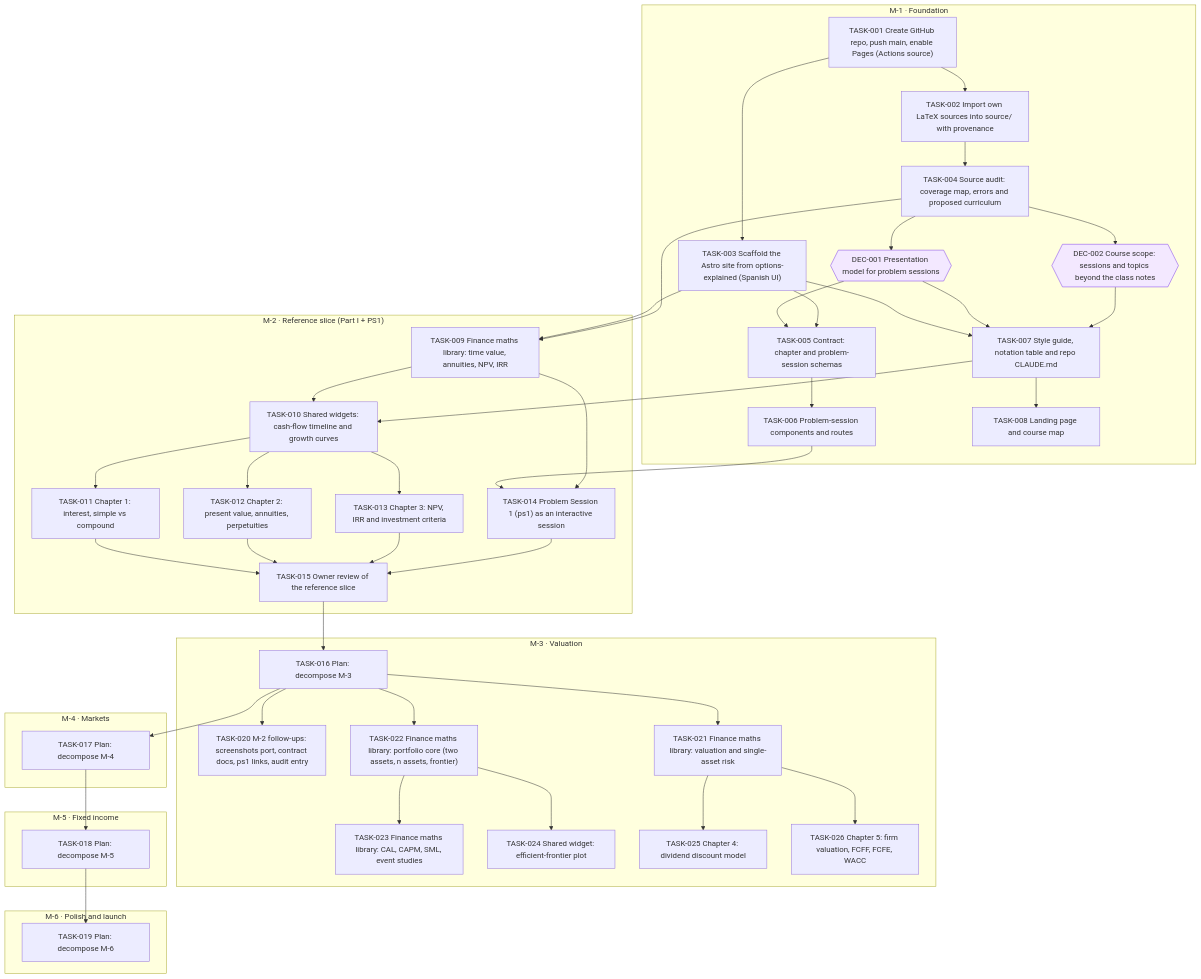
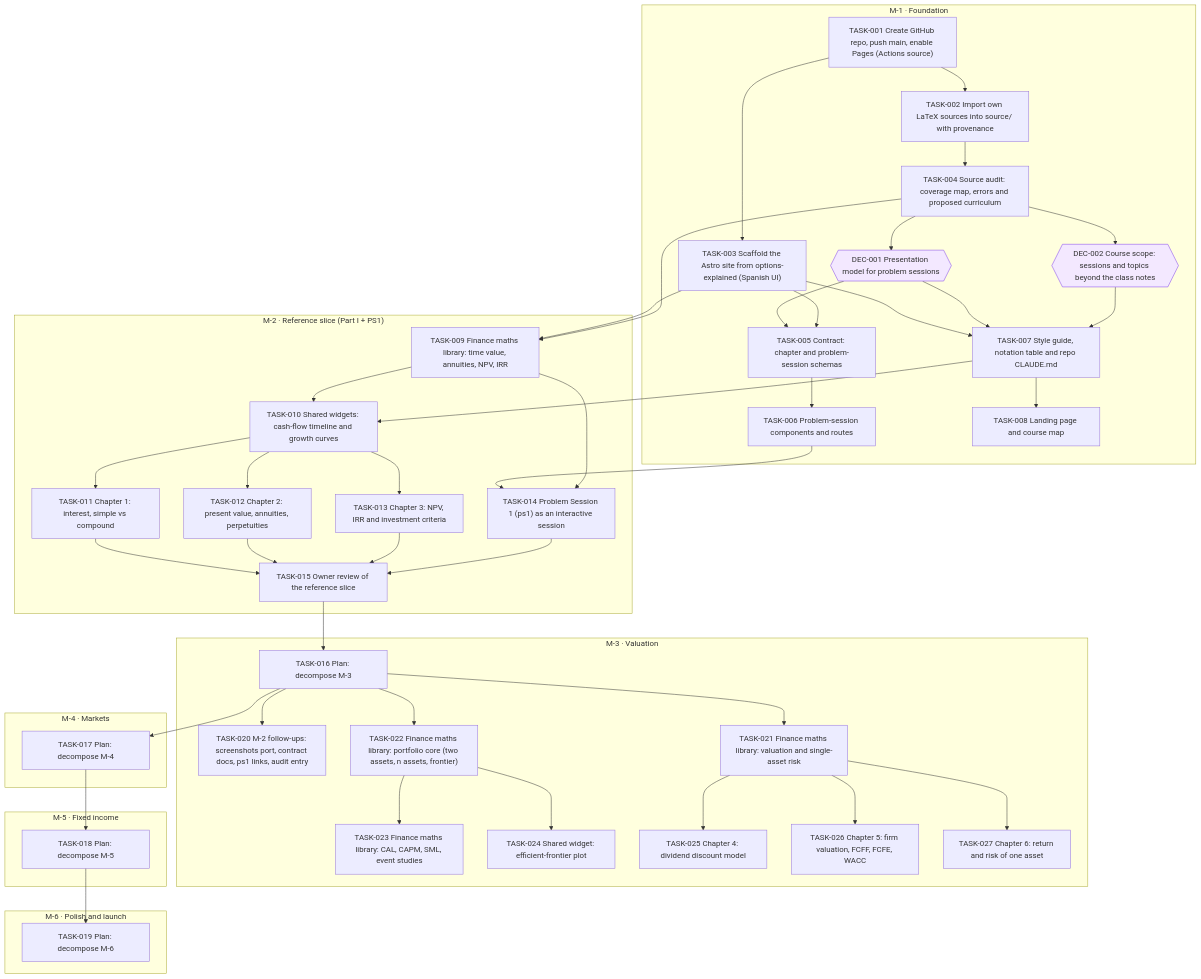
The diagram in goals/course-site/README.md (jesusvillota/economia-financiera), drawn with Mermaid before and after one commit. The commit also changed 1 other file, not shown here.

Commit message:
goal(course-site): add TASK-027 Chapter 6: return and risk of one asset

```diff
--- a/goals/course-site/README.md
+++ b/goals/course-site/README.md
@@ -64,6 +64,7 @@
     TASK_024["TASK-024 Shared widget: efficient-frontier plot"]
     TASK_025["TASK-025 Chapter 4: dividend discount model"]
     TASK_026["TASK-026 Chapter 5: firm valuation, FCFF, FCFE, WACC"]
+    TASK_027["TASK-027 Chapter 6: return and risk of one asset"]
   end
   subgraph M_4["M-4 · Markets"]
     TASK_017["TASK-017 Plan: decompose M-4"]
@@ -110,6 +111,7 @@
   TASK_022 --> TASK_024
   TASK_021 --> TASK_025
   TASK_021 --> TASK_026
+  TASK_021 --> TASK_027
   classDef draft stroke-dasharray: 4 3
   classDef cancelled opacity:0.45
   classDef decision fill:#f3e8ff,stroke:#7c3aed
```
